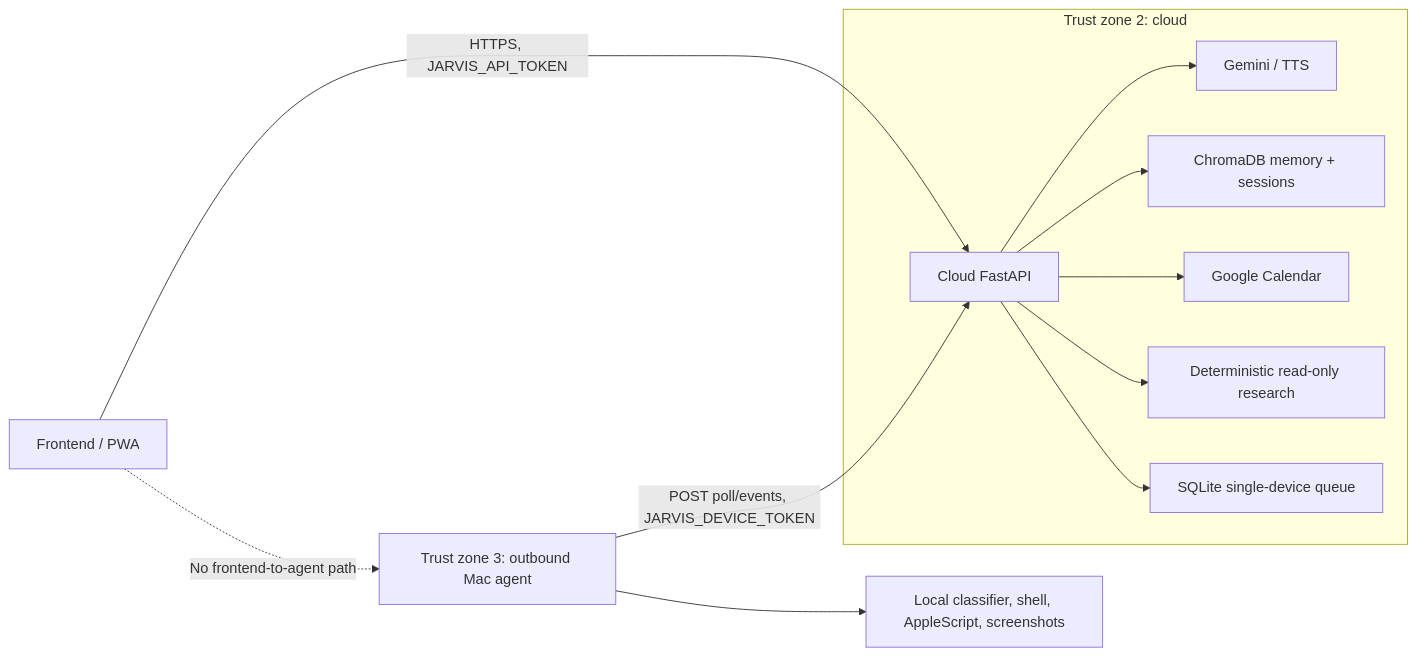
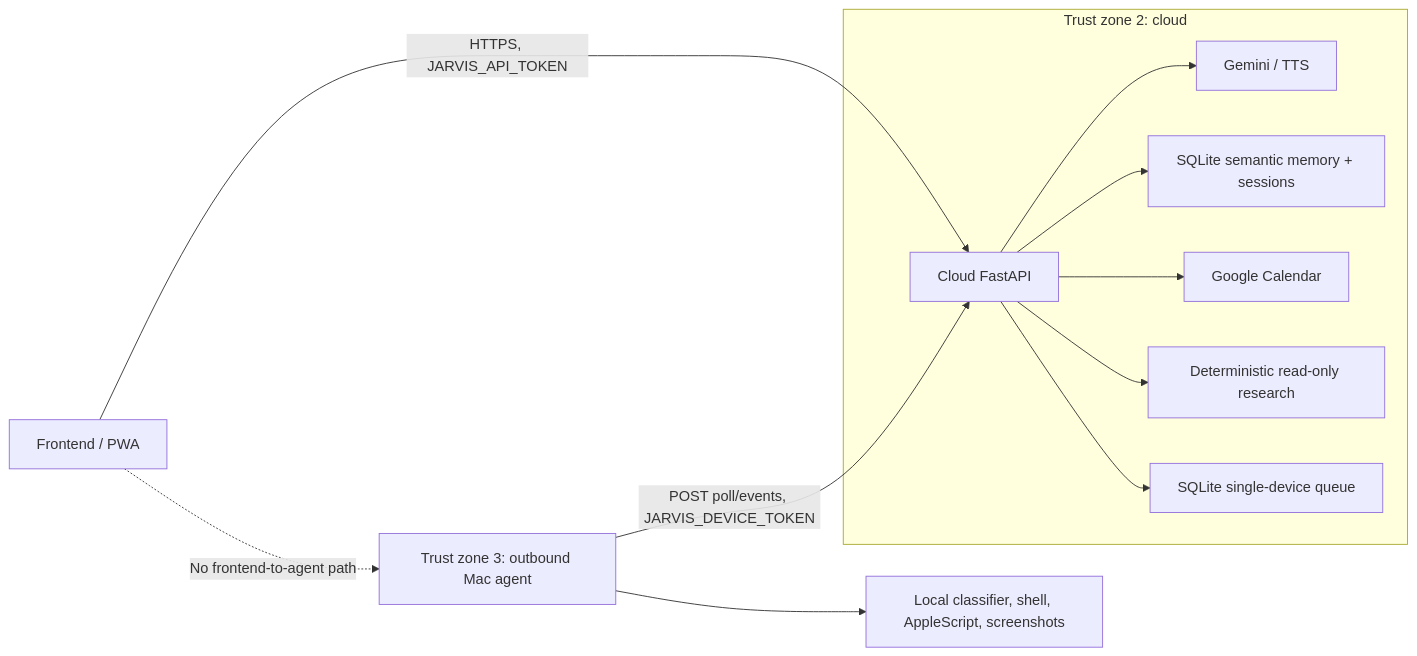
The diagram in architecture.md (SajanthChandrakumar/gassi-jarvis), drawn with Mermaid before and after one commit. The commit also changed other lines of this file and 22 other files, not shown here.

````diff
--- a/architecture.md
+++ b/architecture.md
@@ -9,14 +9,14 @@
 ```mermaid
 flowchart LR
     UI["Frontend / PWA"] -->|"HTTPS, JARVIS_API_TOKEN"| API["Cloud FastAPI"]
     subgraph CLOUD["Trust zone 2: cloud"]
       API --> GEMINI["Gemini / TTS"]
-      API --> MEM["ChromaDB memory + sessions"]
+      API --> MEM["SQLite semantic memory + sessions"]
       API --> CAL["Google Calendar"]
       API --> RESEARCH["Deterministic read-only research"]
       API --> QUEUE["SQLite single-device queue"]
     end
     AGENT["Trust zone 3: outbound Mac agent"] -->|"POST poll/events, JARVIS_DEVICE_TOKEN"| API
     AGENT --> LOCAL["Local classifier, shell, AppleScript, screenshots"]
     UI -. "No frontend-to-agent path" .-> AGENT
 ```
````
